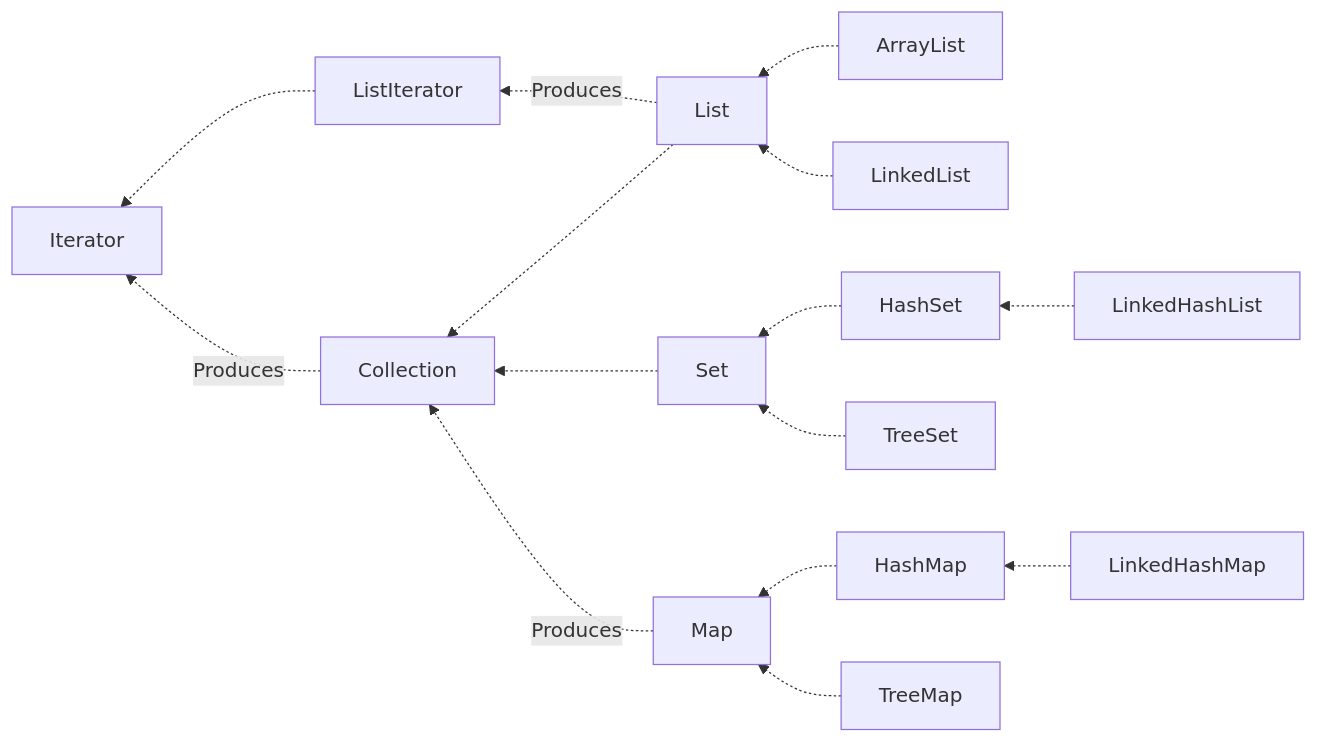
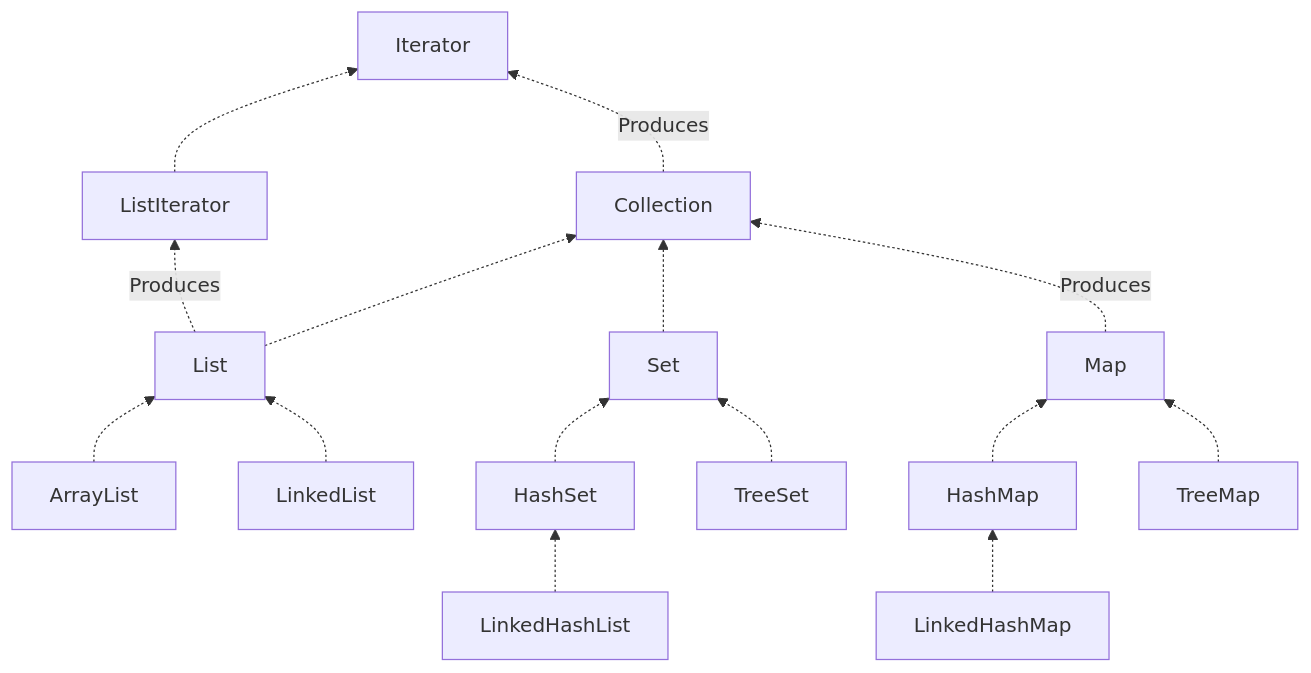
The diagram in docs/Java/collection/collections.md (guo-yaohua/become-a-full-stack-developer), drawn with Mermaid before and after one commit. The commit also changed 4 other files, not shown here.

````diff
--- a/docs/Java/collection/collections.md
+++ b/docs/Java/collection/collections.md
@@ -20,15 +20,15 @@
 ```mermaid
-graph RL
+graph BT
 ArrayList -.-> List
 LinkedList -.-> List
 LinkedHashList -.-> HashSet -.-> Set
 TreeSet -.-> Set
 List -.Produces.-> ListIterator
 List -.-> Collection
 Set -.-> Collection
 Collection -.Produces.-> Iterator
 ListIterator -.-> Iterator
 Map -.Produces.-> Collection
 LinkedHashMap -.-> HashMap -.-> Map
 TreeMap -.-> Map
 ```
````
